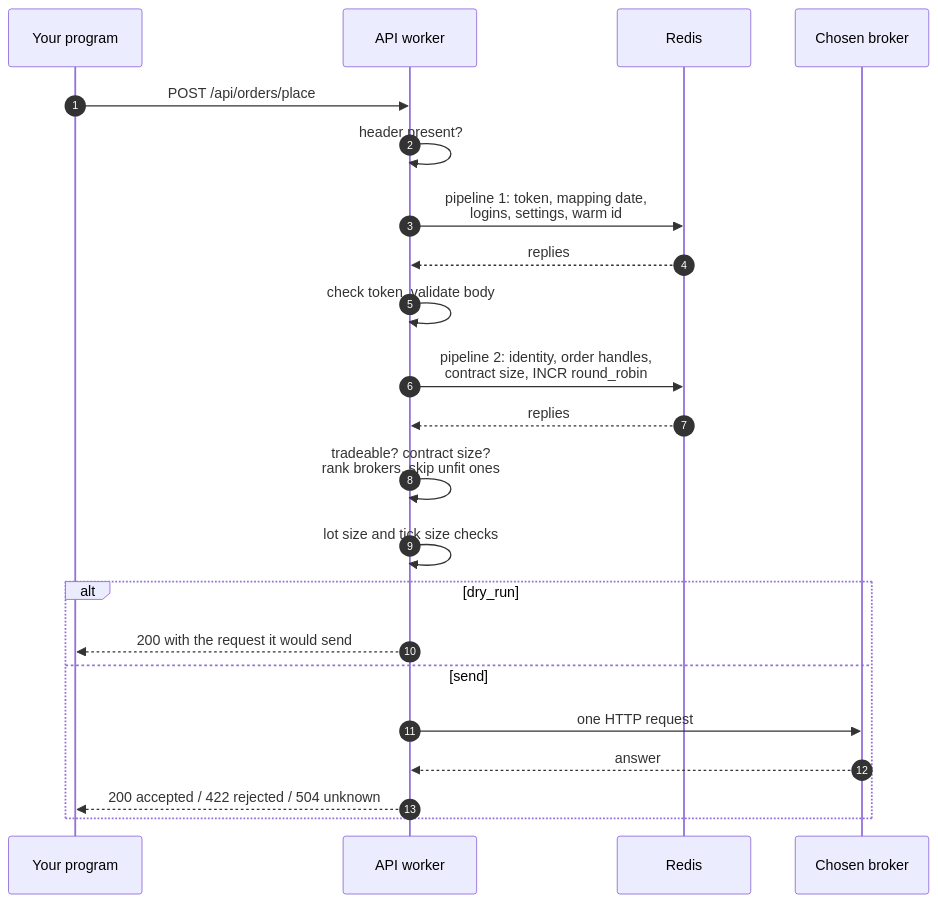
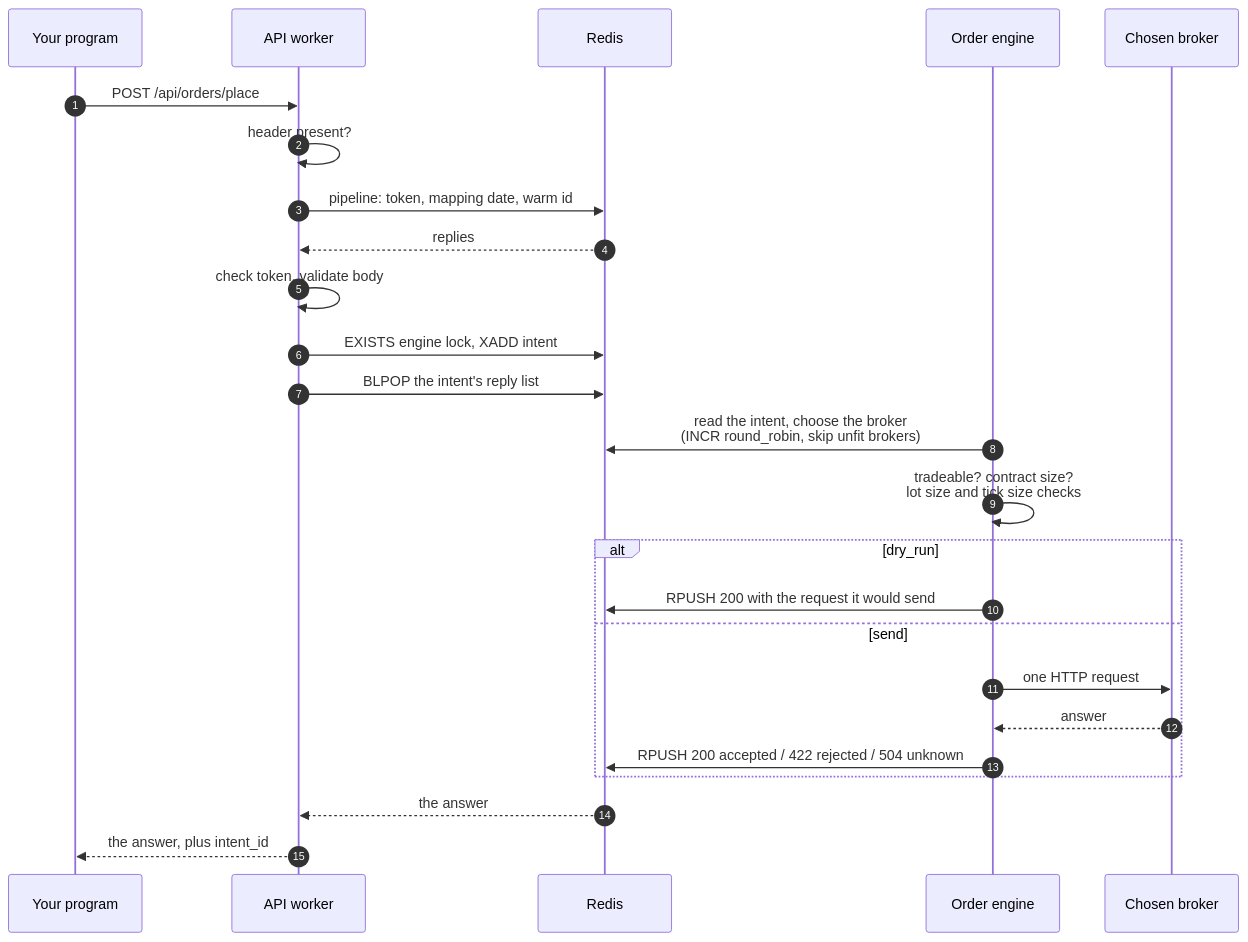
Before and after one commit to pramodathani/unified_broker_interface: the first of 4 diagrams in docs/rest-api/orders.md, drawn with Mermaid. The commit also changed other lines of this file and 33 other files, not shown here.

````diff
--- a/docs/rest-api/orders.md
+++ b/docs/rest-api/orders.md
@@ -519,24 +516,27 @@
 ```mermaid
 sequenceDiagram
     autonumber
     participant C as Your program
     participant A as API worker
     participant R as Redis
+    participant E as Order engine
     participant B as Chosen broker
     C->>A: POST /api/orders/place
     A->>A: header present?
-    A->>R: pipeline 1: token, mapping date,<br/>logins, settings, warm id
+    A->>R: pipeline: token, mapping date, warm id
     R-->>A: replies
     A->>A: check token, validate body
-    A->>R: pipeline 2: identity, order handles,<br/>contract size, INCR round_robin
-    R-->>A: replies
-    A->>A: tradeable? contract size?<br/>rank brokers, skip unfit ones
-    A->>A: lot size and tick size checks
+    A->>R: EXISTS engine lock, XADD intent
+    A->>R: BLPOP the intent's reply list
+    E->>R: read the intent, choose the broker<br/>(INCR round_robin, skip unfit brokers)
+    E->>E: tradeable? contract size?<br/>lot size and tick size checks
     alt dry_run
-        A-->>C: 200 with the request it would send
+        E->>R: RPUSH 200 with the request it would send
     else send
-        A->>B: one HTTP request
-        B-->>A: answer
-        A-->>C: 200 accepted / 422 rejected / 504 unknown
+        E->>B: one HTTP request
+        B-->>E: answer
+        E->>R: RPUSH 200 accepted / 422 rejected / 504 unknown
     end
+    R-->>A: the answer
+    A-->>C: the answer, plus intent_id
 ```
````
